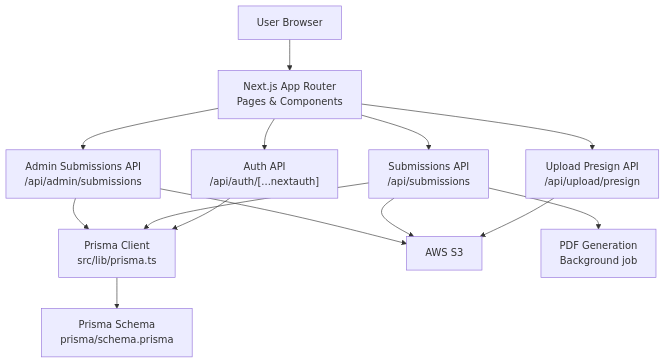
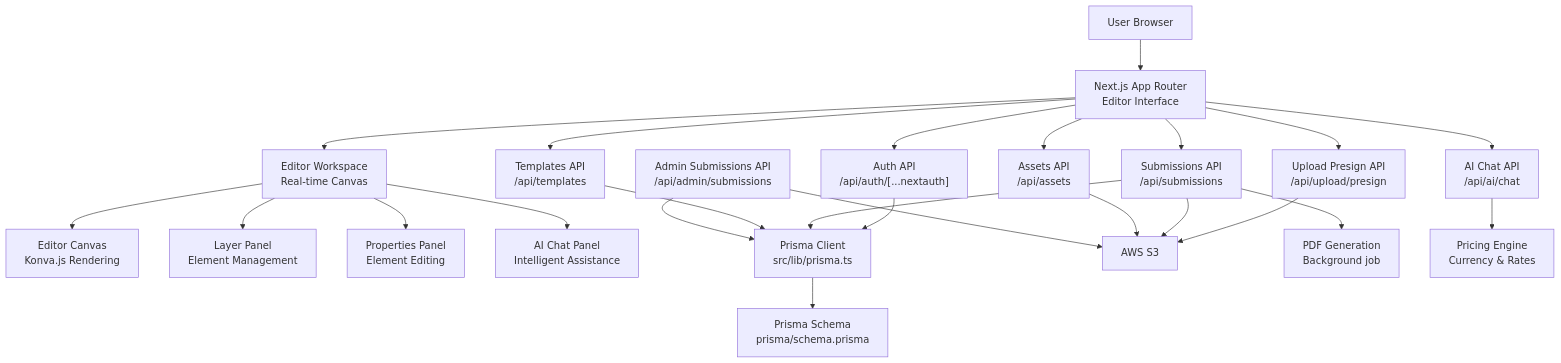
One commit to Crowdspender/titchybooks-app changed the second of 9 diagrams in .qoder/repowiki/en/content/Project Overview.md. Above: the diagram before and after it, drawn with Mermaid. The commit also changed other lines of this file and 62 other files, not shown here.

````diff
--- a/.qoder/repowiki/en/content/Project Overview.md
+++ b/.qoder/repowiki/en/content/Project Overview.md
@@ -139,26 +211,45 @@
 ```mermaid
 graph TB
 U["User Browser"]
-FE["Next.js App Router<br/>Pages & Components"]
+FE["Next.js App Router<br/>Editor Interface"]
+EW["Editor Workspace<br/>Real-time Canvas"]
+EC["Editor Canvas<br/>Konva.js Rendering"]
+LP["Layer Panel<br/>Element Management"]
+PP["Properties Panel<br/>Element Editing"]
+AI["AI Chat Panel<br/>Intelligent Assistance"]
 API_AUTH["Auth API<br/>/api/auth/[...nextauth]"]
 API_UPLOAD["Upload Presign API<br/>/api/upload/presign"]
 API_SUB["Submissions API<br/>/api/submissions"]
+API_TEMPLATES["Templates API<br/>/api/templates"]
+API_ASSETS["Assets API<br/>/api/assets"]
+API_AI["AI Chat API<br/>/api/ai/chat"]
 API_ADMIN["Admin Submissions API<br/>/api/admin/submissions"]
 PRISMA["Prisma Client<br/>src/lib/prisma.ts"]
 SCHEMA["Prisma Schema<br/>prisma/schema.prisma"]
 S3["AWS S3"]
 PDFGEN["PDF Generation<br/>Background job"]
+PRICING["Pricing Engine<br/>Currency & Rates"]
 U --> FE
+FE --> EW
+EW --> EC
+EW --> LP
+EW --> PP
+EW --> AI
 FE --> API_AUTH
 FE --> API_UPLOAD
 FE --> API_SUB
-FE --> API_ADMIN
+FE --> API_TEMPLATES
+FE --> API_ASSETS
+FE --> API_AI
 API_AUTH --> PRISMA
 API_UPLOAD --> S3
 API_SUB --> PRISMA
 API_SUB --> S3
 API_SUB --> PDFGEN
+API_TEMPLATES --> PRISMA
+API_ASSETS --> S3
+API_AI --> PRICING
 API_ADMIN --> PRISMA
 API_ADMIN --> S3
 PRISMA --> SCHEMA
 ```
````
